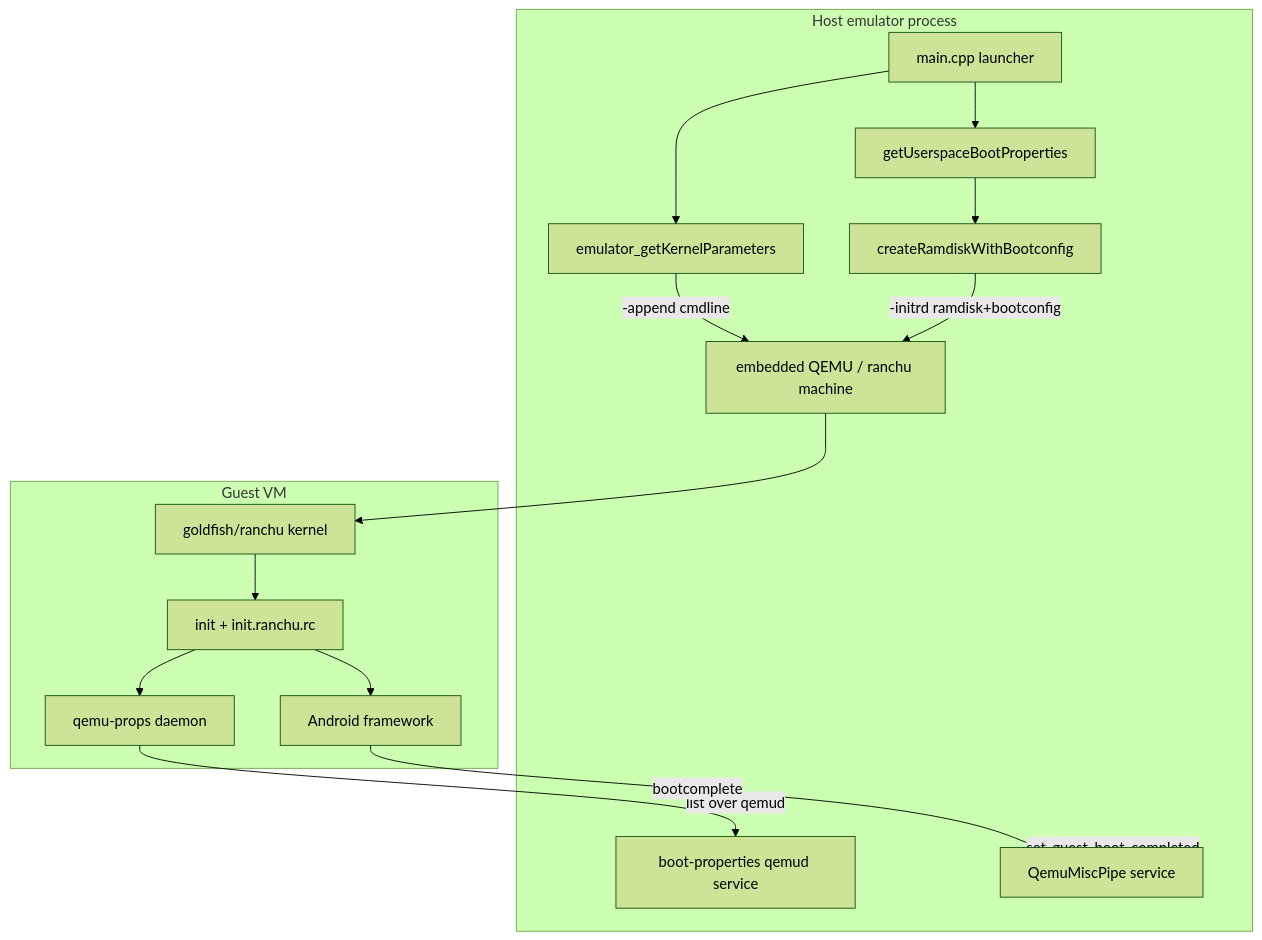
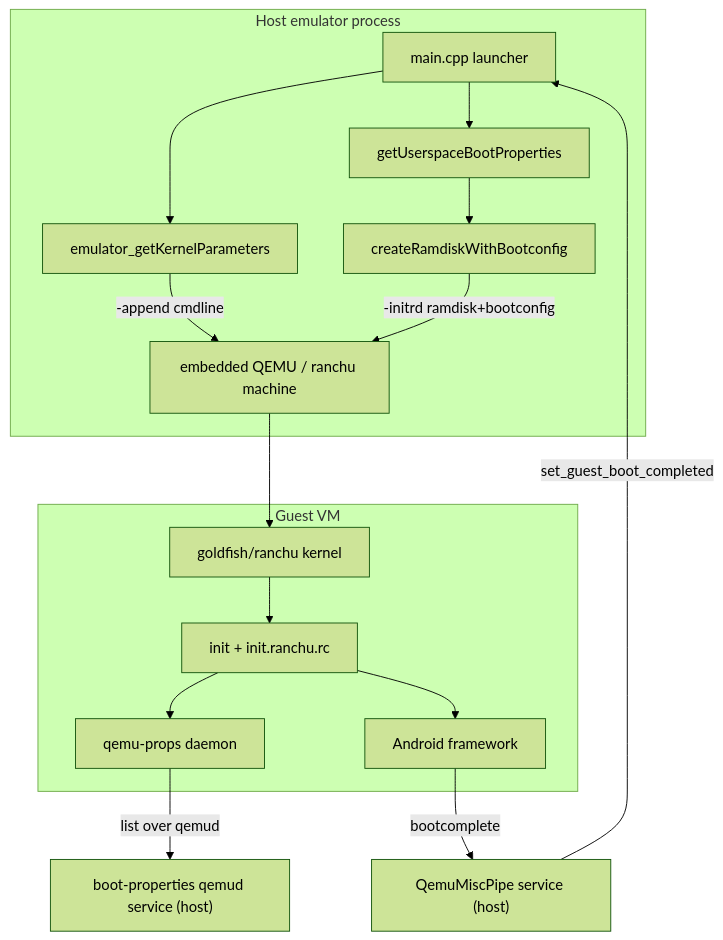
Before and after one commit to aospbooks/android-emulator-internal-book: the first of 8 diagrams in 25-guest-boot.md, drawn with Mermaid (forest theme). The commit also changed other lines of this file and 31 other files, not shown here.

````diff
--- a/25-guest-boot.md
+++ b/25-guest-boot.md
@@ -52,31 +52,31 @@
 ```mermaid
 flowchart TD
     subgraph HOST["Host emulator process"]
         MAIN["main.cpp launcher"]
         KP["emulator_getKernelParameters"]
         UBP["getUserspaceBootProperties"]
         BC["createRamdiskWithBootconfig"]
         QEMU["embedded QEMU / ranchu machine"]
-        BP["boot-properties qemud service"]
-        MP["QemuMiscPipe service"]
     end
     subgraph GUEST["Guest VM"]
         KERN["goldfish/ranchu kernel"]
         INIT["init + init.ranchu.rc"]
         QPROPS["qemu-props daemon"]
         FW["Android framework"]
     end
+    BP["boot-properties qemud service (host)"]
+    MP["QemuMiscPipe service (host)"]
 
     MAIN --> KP
     MAIN --> UBP
     UBP --> BC
     KP -->|"-append cmdline"| QEMU
     BC -->|"-initrd ramdisk+bootconfig"| QEMU
     QEMU --> KERN
     KERN --> INIT
     INIT --> QPROPS
     QPROPS -->|"list over qemud"| BP
     INIT --> FW
     FW -->|"bootcomplete"| MP
-    MP -->|"set_guest_boot_completed"| HOST
+    MP -->|"set_guest_boot_completed"| MAIN
 ```
````
